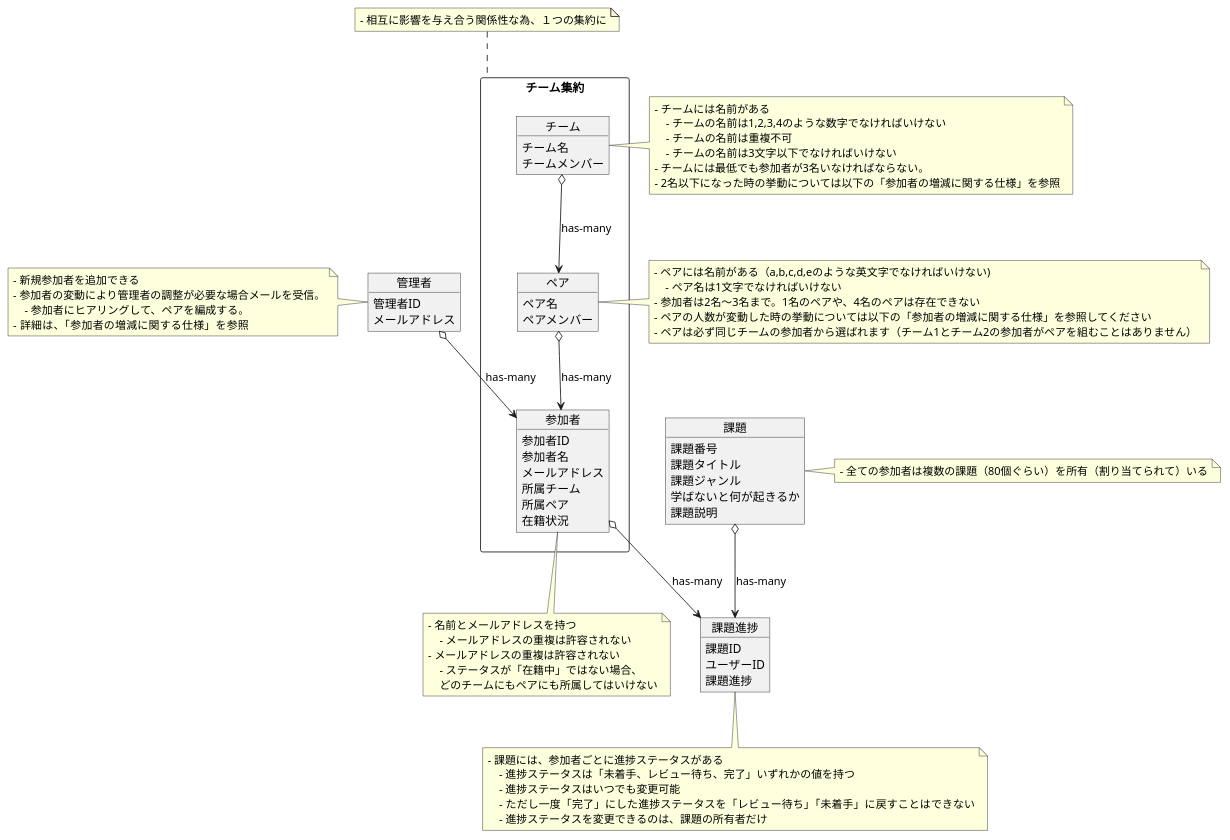
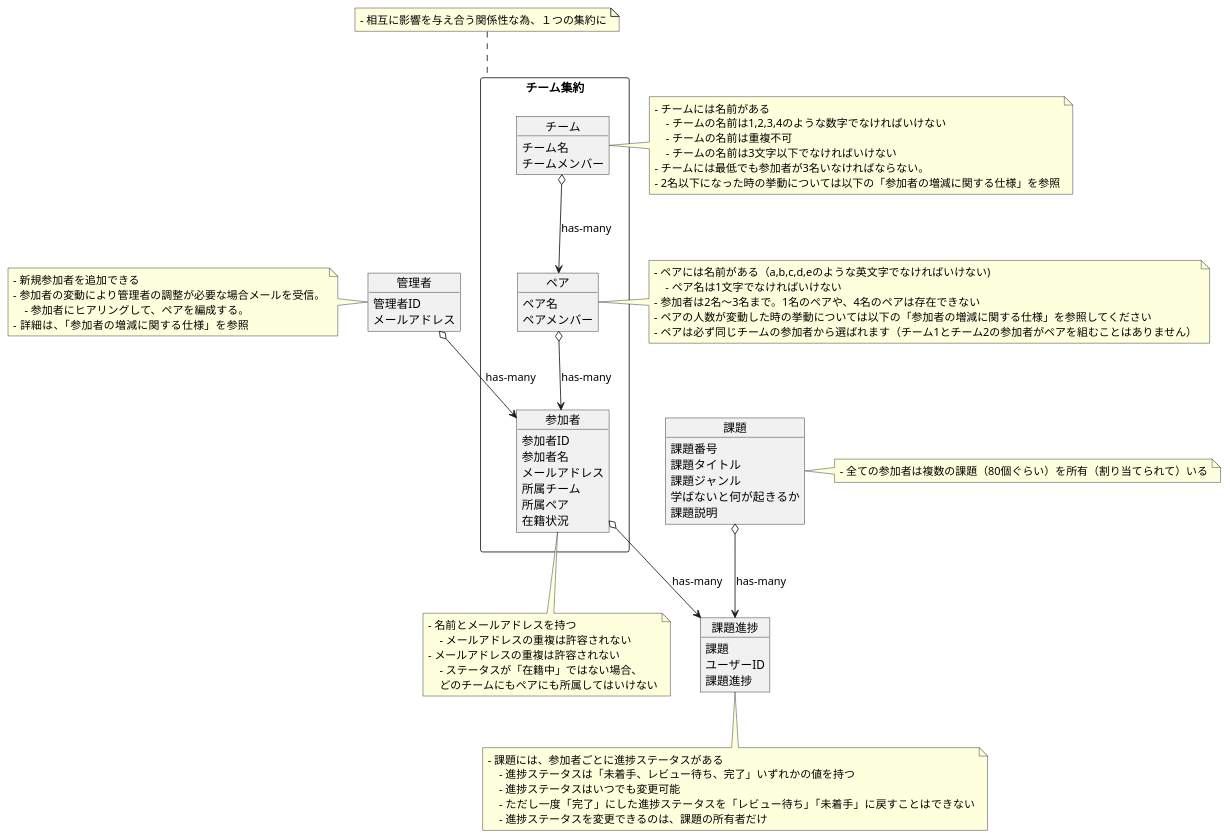
One commit to praha-inc/praha-challenge-7 changed the diagram in 95IG7y3HHX7yl4/03_設計/04_特大課題：プラハチャレンジをDDDで実装してみる/ドメインモデル図/plant_uml.pu. Above: the diagram before and after it, drawn with PlantUML. The commit also changed 1 other file, not shown here.

```diff
--- a/95IG7y3HHX7yl4/03_設計/04_特大課題：プラハチャレンジをDDDで実装してみる/ドメインモデル図/plant_uml.pu
+++ b/95IG7y3HHX7yl4/03_設計/04_特大課題：プラハチャレンジをDDDで実装してみる/ドメインモデル図/plant_uml.pu
@@ -1,99 +1,99 @@
 @startuml domain 
 
 object 管理者 {
     管理者ID
     メールアドレス
 }
 
 note left of 管理者 
 - 新規参加者を追加できる
 - 参加者の変動により管理者の調整が必要な場合メールを受信。
     - 参加者にヒアリングして、ペアを編成する。
 - 詳細は、「参加者の増減に関する仕様」を参照
 end note
 
 object 課題 {
     課題番号
     課題タイトル
     課題ジャンル
     学ばないと何が起きるか
     課題説明
 }
 
 note right of 課題 
 - 全ての参加者は複数の課題（80個ぐらい）を所有（割り当てられて）いる
 end note
 
 object 課題進捗 {
-    課題ID
+    課題
     ユーザーID
     課題進捗
 }
 
 note bottom of 課題進捗 
 - 課題には、参加者ごとに進捗ステータスがある
     - 進捗ステータスは「未着手、レビュー待ち、完了」いずれかの値を持つ
     - 進捗ステータスはいつでも変更可能
     - ただし一度「完了」にした進捗ステータスを「レビュー待ち」「未着手」に戻すことはできない
     - 進捗ステータスを変更できるのは、課題の所有者だけ
 end note
 
 rectangle チーム集約 {
     object 参加者 {
         参加者ID
         参加者名
         メールアドレス
         所属チーム
         所属ペア
         在籍状況
     }
     object ペア {
         ペア名
         ペアメンバー
     }
     object チーム {
         チーム名
         チームメンバー
     }
 }
 
 note bottom of 参加者 
 - 名前とメールアドレスを持つ
     - メールアドレスの重複は許容されない
 - メールアドレスの重複は許容されない
     - ステータスが「在籍中」ではない場合、
     どのチームにもペアにも所属してはいけない
 end note
 
 note right of ペア 
 - ペアには名前がある（a,b,c,d,eのような英文字でなければいけない)
     - ペア名は1文字でなければいけない
 - 参加者は2名〜3名まで。1名のペアや、4名のペアは存在できない
 - ペアの人数が変動した時の挙動については以下の「参加者の増減に関する仕様」を参照してください
 - ペアは必ず同じチームの参加者から選ばれます（チーム1とチーム2の参加者がペアを組むことはありません）
 end note
 
 note right of チーム
 - チームには名前がある
     - チームの名前は1,2,3,4のような数字でなければいけない
     - チームの名前は重複不可
     - チームの名前は3文字以下でなければいけない
 - チームには最低でも参加者が3名いなければならない。
 - 2名以下になった時の挙動については以下の「参加者の増減に関する仕様」を参照
 end note
 
 note top of チーム集約 
 - 相互に影響を与え合う関係性な為、１つの集約に
 end note
 
 管理者 o--> 参加者 : has-many
 
 参加者 o--> 課題進捗 : has-many
 
 課題 o--> 課題進捗 : has-many
 
 ペア o--> 参加者 : has-many
 
 チーム o--> ペア : has-many
 
 @enduml
```
